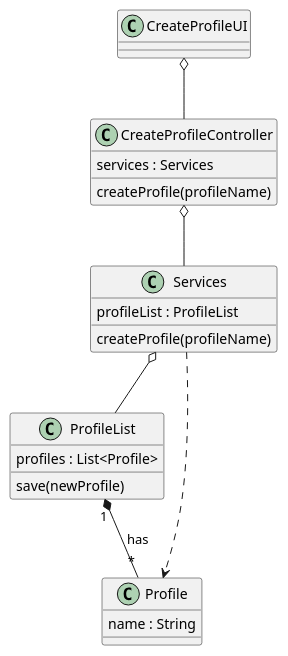
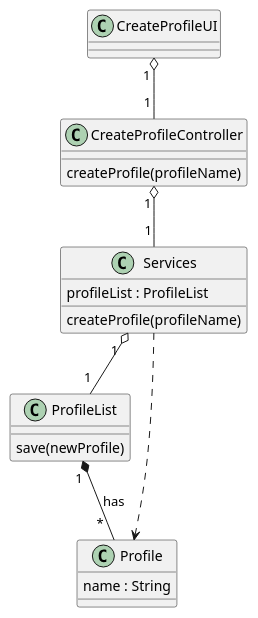
Before and after one commit to ivo-menezes/project_g3: the diagram in docs/modelling_design/user_stories/us001/US001_CreateProfileCD.puml, drawn with PlantUML.

Commit message:
US001 : Design : Updated CD

```diff
--- a/docs/modelling_design/user_stories/us001/US001_CreateProfileCD.puml
+++ b/docs/modelling_design/user_stories/us001/US001_CreateProfileCD.puml
@@ -1,31 +1,29 @@
 @startuml
 
 class CreateProfileUI {
 }
 
 class CreateProfileController {
-services : Services
 createProfile(profileName)
 }
 
 class Services {
 profileList : ProfileList
 createProfile(profileName)
 }
 
 class ProfileList {
-profiles : List<Profile>
 save(newProfile)
 }
 
 class Profile {
 name : String
 }
 
-CreateProfileUI o-- CreateProfileController
-CreateProfileController o-- Services
-Services o-- ProfileList
+CreateProfileUI "        1" o-- "         1" CreateProfileController
+CreateProfileController "        1" o-- "         1" Services
+Services "                    1" o-- "         1" ProfileList
 Services ..> Profile
-ProfileList "1" *-- "*" Profile : has
+ProfileList "        1" *-- "                      *" Profile : has
 
 @enduml
```
